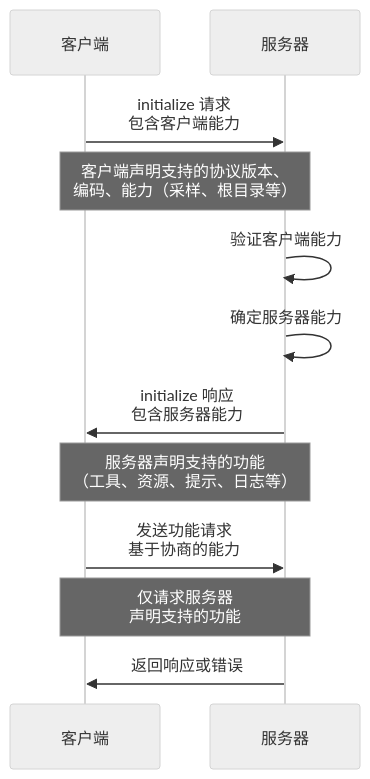
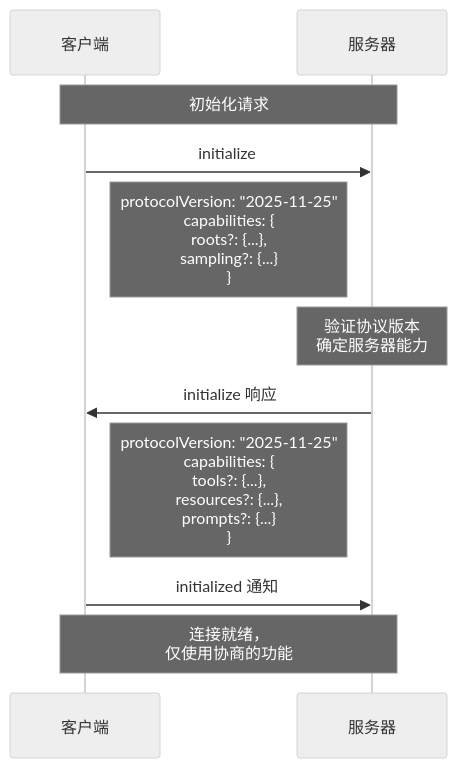
Before and after one commit to MiyakoMeow/neco: the fourth of 12 diagrams in progress/external-mcp-interaction-flows.md, drawn with Mermaid (neutral theme). The commit also changed other lines of this file and 9 other files, not shown here.

````diff
--- a/progress/external-mcp-interaction-flows.md
+++ b/progress/external-mcp-interaction-flows.md
@@ -176,19 +130,17 @@
 ```mermaid
 sequenceDiagram
     participant C as 客户端
     participant S as 服务器
 
-    C->>S: initialize 请求<br/>包含客户端能力
-    Note over C,S: 客户端声明支持的协议版本、<br/>编码、能力（采样、根目录等）
+    Note over C,S: 初始化请求
+    C->>S: initialize
+    Note right of C: protocolVersion: "2025-11-25"<br/>capabilities: {<br/>  roots?: {...},<br/>  sampling?: {...}<br/>}
 
-    S->>S: 验证客户端能力
-    S->>S: 确定服务器能力
+    Note over S: 验证协议版本<br/>确定服务器能力
 
-    S->>C: initialize 响应<br/>包含服务器能力
-    Note over C,S: 服务器声明支持的功能<br/>（工具、资源、提示、日志等）
+    S->>C: initialize 响应
+    Note left of S: protocolVersion: "2025-11-25"<br/>capabilities: {<br/>  tools?: {...},<br/>  resources?: {...},<br/>  prompts?: {...}<br/>}
 
-    C->>S: 发送功能请求<br/>基于协商的能力
-    Note over C,S: 仅请求服务器<br/>声明支持的功能
-
-    S->>C: 返回响应或错误
+    C->>S: initialized 通知
+    Note over C,S: 连接就绪，<br/>仅使用协商的功能
 ```
````
